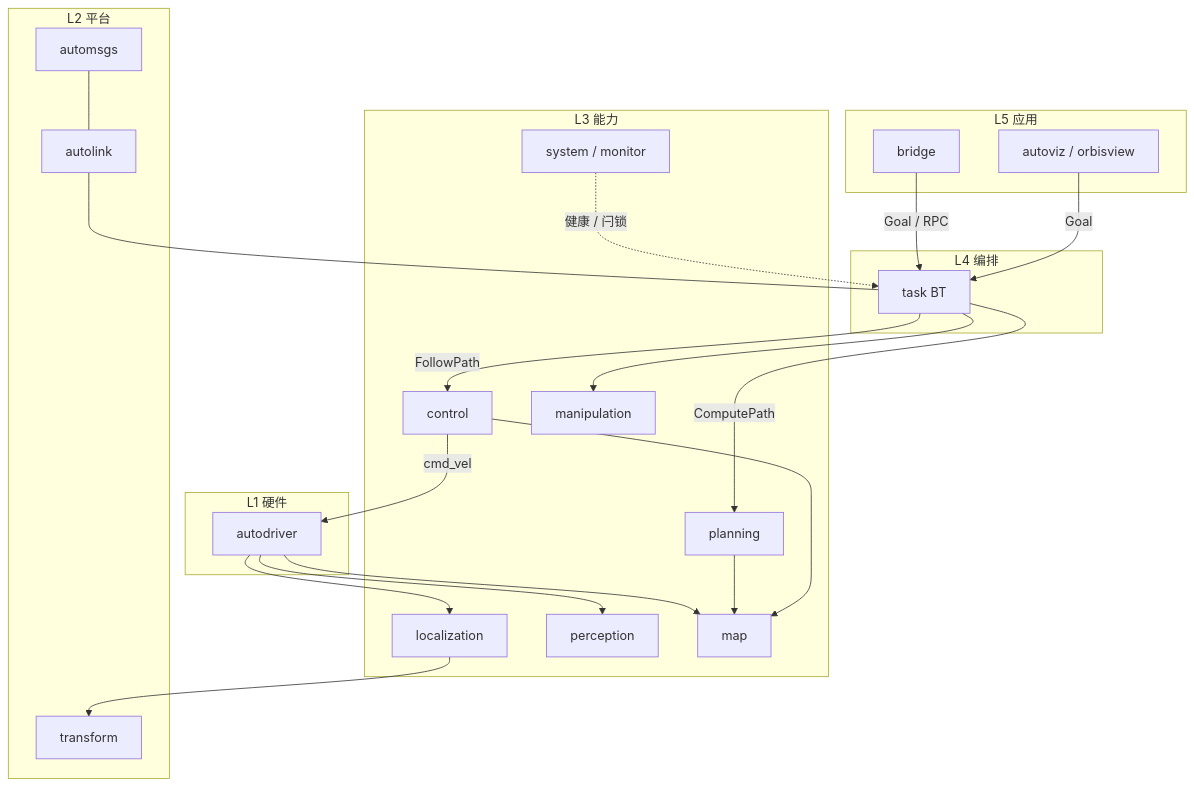
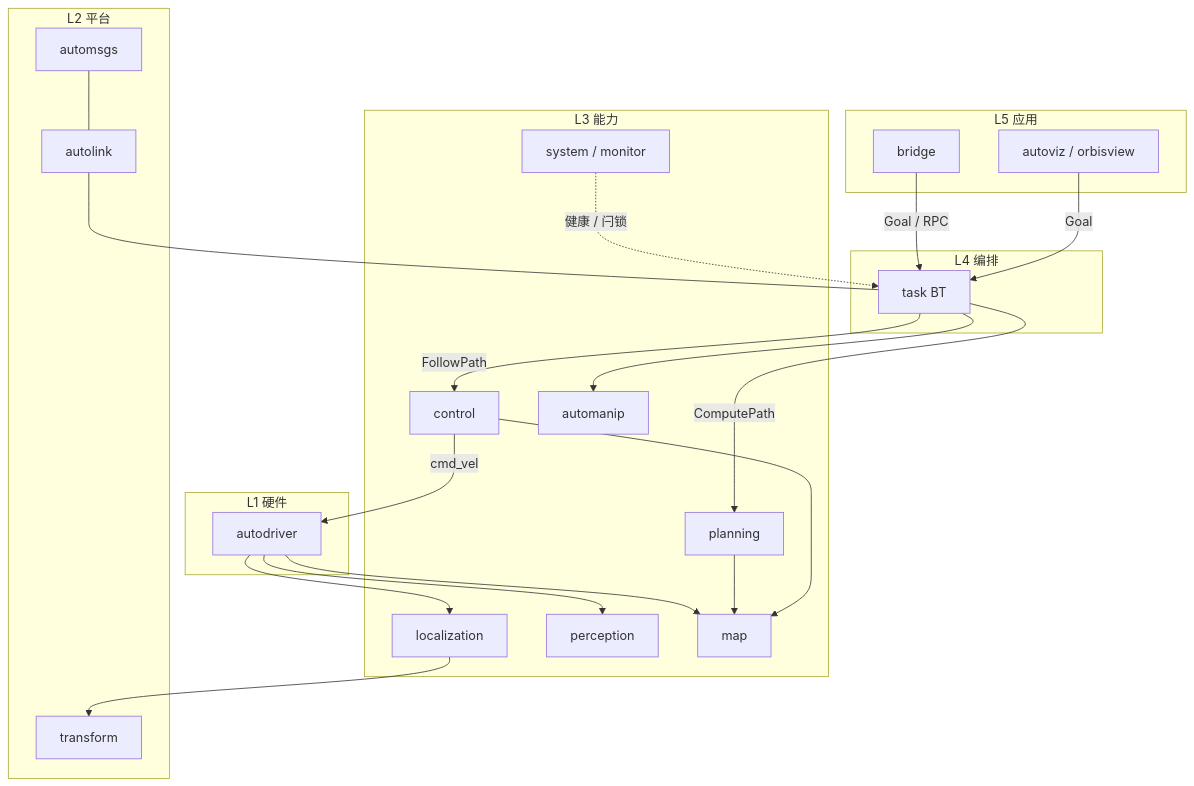
The diagram in docs/source/01_Instructions/03_system_architecture.md (quandy2020/autonomy), drawn with Mermaid before and after one commit. The commit also changed other lines of this file and 1915 other files, not shown here.

````diff
--- a/docs/source/01_Instructions/03_system_architecture.md
+++ b/docs/source/01_Instructions/03_system_architecture.md
@@ -249,47 +250,47 @@
 ```mermaid
 flowchart TB
   subgraph App["L5 应用"]
     BR[bridge]
     UI[autoviz / orbisview]
   end
 
   subgraph Orch["L4 编排"]
     TASK[task BT]
   end
 
   subgraph Caps["L3 能力"]
     LOC[localization]
     PER[perception]
     MAP[map]
     PLN[planning]
     CTL[control]
-    ARM[manipulation]
+    ARM[automanip]
     SYS[system / monitor]
   end
 
   subgraph Plat["L2 平台"]
     AL[autolink]
     MSG[automsgs]
     TF[transform]
   end
 
   subgraph HW["L1 硬件"]
     DRV[autodriver]
   end
 
   BR -->|Goal / RPC| TASK
   UI -->|Goal| TASK
   TASK -->|ComputePath| PLN
   TASK -->|FollowPath| CTL
   TASK --> ARM
   DRV --> LOC
   DRV --> PER
   DRV --> MAP
   LOC --> TF
   PLN --> MAP
   CTL --> MAP
   CTL -->|cmd_vel| DRV
   SYS -.->|健康 / 闩锁| TASK
   AL --- TASK
   MSG --- AL
 ```
````
